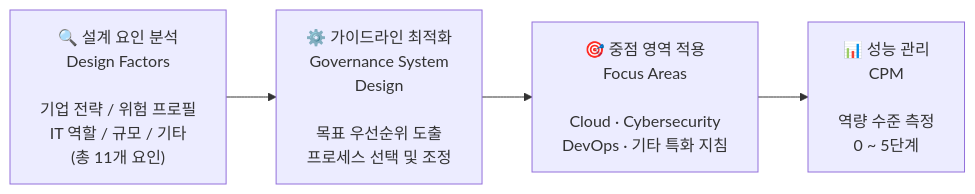
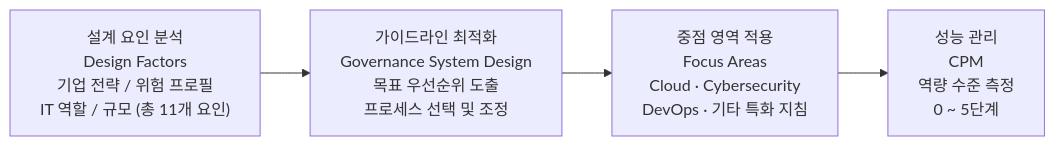
The second of 5 diagrams in docs/01-it-governance/cobit-2019.md (jeonck/fw-thinking), drawn with Mermaid before and after one commit. The commit also changed other lines of this file, not shown here.

First line of the commit message:
COBIT 2019 Mermaid 다이어그램 렌더링 수정

````diff
--- a/docs/01-it-governance/cobit-2019.md
+++ b/docs/01-it-governance/cobit-2019.md
@@ -51,9 +51,9 @@
 ```mermaid
 flowchart LR
-    DF["🔍 설계 요인 분석\nDesign Factors\n\n기업 전략 / 위험 프로필\nIT 역할 / 규모 / 기타\n(총 11개 요인)"]
-    OPT["⚙️ 가이드라인 최적화\nGovernance System\nDesign\n\n목표 우선순위 도출\n프로세스 선택 및 조정"]
-    FA["🎯 중점 영역 적용\nFocus Areas\n\nCloud · Cybersecurity\nDevOps · 기타 특화 지침"]
-    CPM["📊 성능 관리\nCPM\n\n역량 수준 측정\n0 ~ 5단계"]
+    DF["설계 요인 분석<br/>Design Factors<br/>기업 전략 / 위험 프로필<br/>IT 역할 / 규모 (총 11개 요인)"]
+    OPT["가이드라인 최적화<br/>Governance System Design<br/>목표 우선순위 도출<br/>프로세스 선택 및 조정"]
+    FA["중점 영역 적용<br/>Focus Areas<br/>Cloud · Cybersecurity<br/>DevOps · 기타 특화 지침"]
+    CPM["성능 관리<br/>CPM<br/>역량 수준 측정<br/>0 ~ 5단계"]
 
     DF --> OPT --> FA --> CPM
 ```
````
